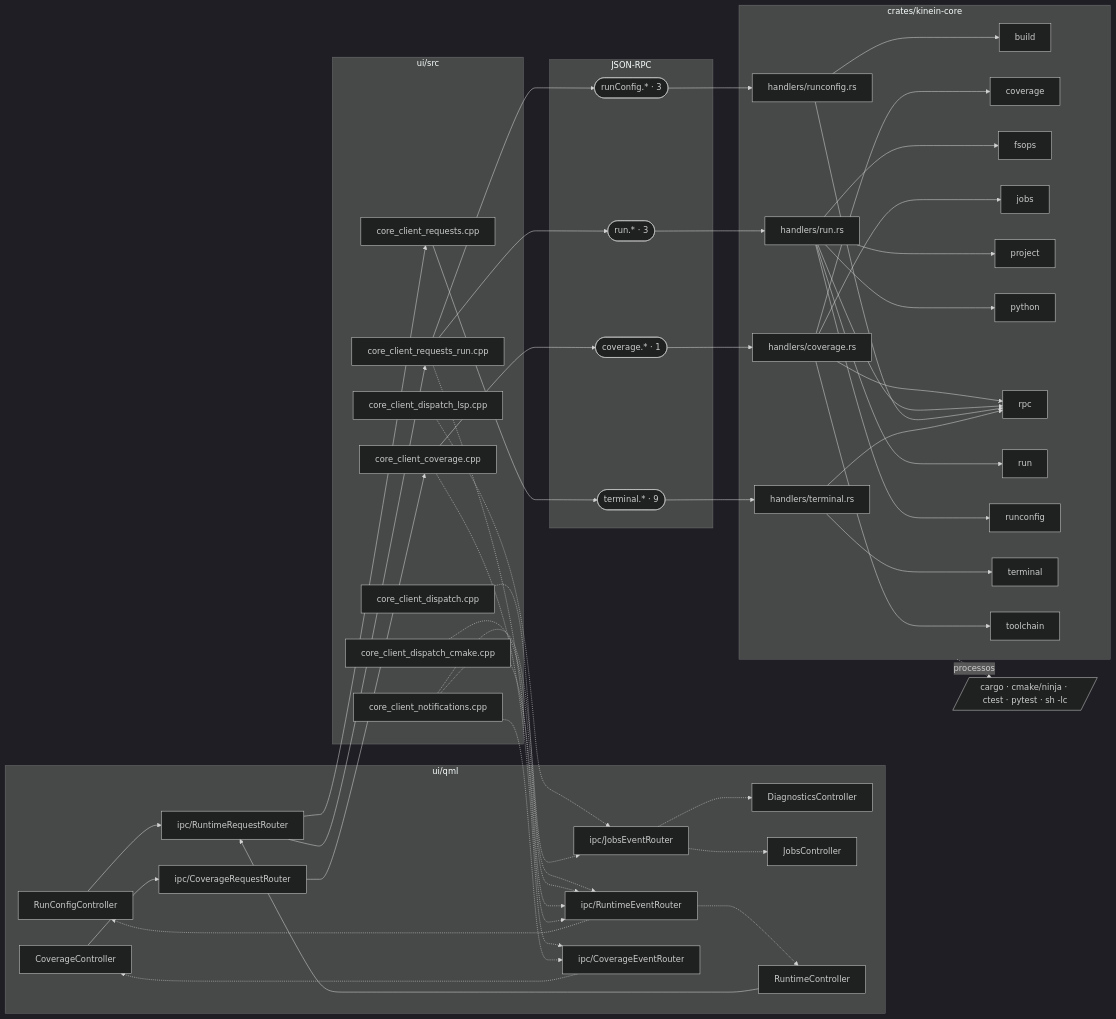
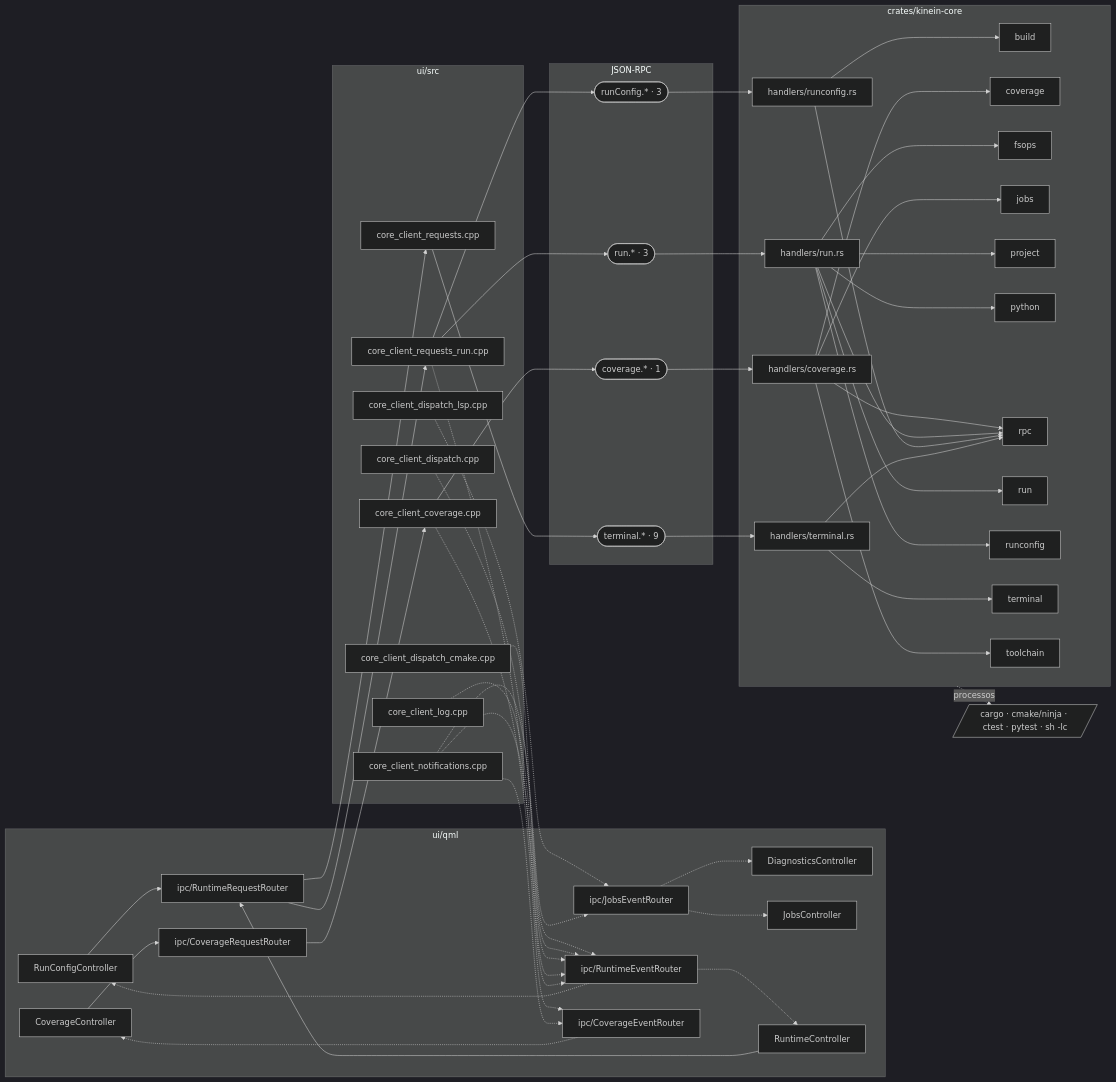
Before and after one commit to ViktorWalde/KineinVectis: the eighth of 16 diagrams in DocsPublic/arquitetura/01-mapa-de-modulos.md, drawn with Mermaid (dark theme). The commit also changed other lines of this file and 55 other files, not shown here.

```diff
--- a/DocsPublic/arquitetura/01-mapa-de-modulos.md
+++ b/DocsPublic/arquitetura/01-mapa-de-modulos.md
@@ -664,6 +664,7 @@
     n_ui_src_core_client_dispatch_cpp["core_client_dispatch.cpp"]
     n_ui_src_core_client_dispatch_cmake_cpp["core_client_dispatch_cmake.cpp"]
     n_ui_src_core_client_dispatch_lsp_cpp["core_client_dispatch_lsp.cpp"]
+    n_ui_src_core_client_log_cpp["core_client_log.cpp"]
     n_ui_src_core_client_notifications_cpp["core_client_notifications.cpp"]
     n_ui_src_core_client_requests_cpp["core_client_requests.cpp"]
     n_ui_src_core_client_requests_run_cpp["core_client_requests_run.cpp"]
@@ -708,6 +709,7 @@
   n_ui_src_core_client_dispatch_cpp -.-> n_ui_qml_ipc_RuntimeEventRouter_qml
   n_ui_src_core_client_dispatch_cmake_cpp -.-> n_ui_qml_ipc_RuntimeEventRouter_qml
   n_ui_src_core_client_dispatch_lsp_cpp -.-> n_ui_qml_ipc_JobsEventRouter_qml
+  n_ui_src_core_client_log_cpp -.-> n_ui_qml_ipc_RuntimeEventRouter_qml
   n_ui_src_core_client_notifications_cpp -.-> n_ui_qml_ipc_CoverageEventRouter_qml
   n_ui_src_core_client_notifications_cpp -.-> n_ui_qml_ipc_JobsEventRouter_qml
   n_ui_src_core_client_notifications_cpp -.-> n_ui_qml_ipc_RuntimeEventRouter_qml
```
